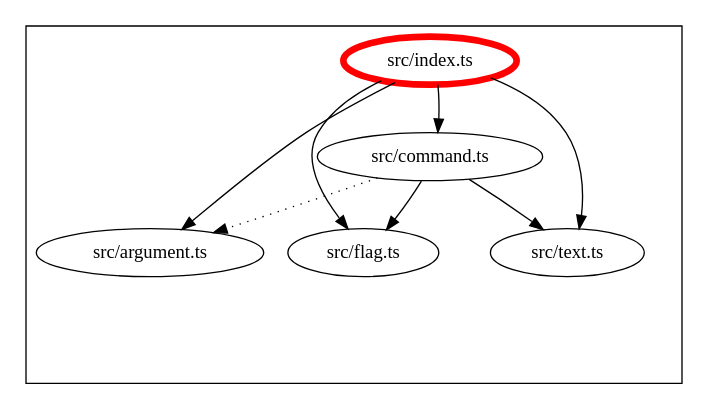
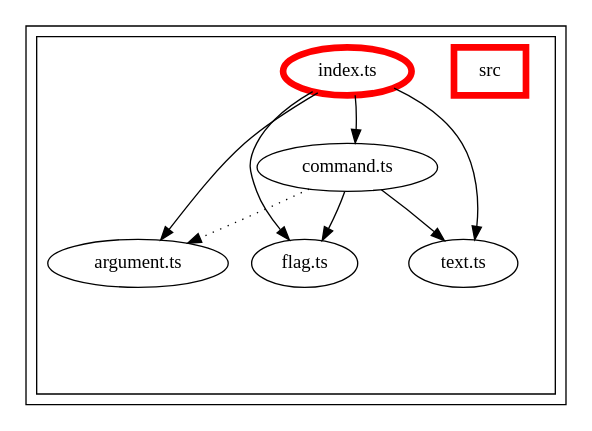
The diagram in packages/alfa-command/docs/dependency-graph.dot (Siteimprove/alfa-integrations), drawn with Graphviz before and after one commit. The commit also changed 53 other files, not shown here.

Commit message:
Update dependency graphs

```diff
--- a/packages/alfa-command/docs/dependency-graph.dot
+++ b/packages/alfa-command/docs/dependency-graph.dot
@@ -1,95 +1,123 @@
 digraph "dependency-graph-@siteimprove/alfa-command" {
   compound = true;
   "src/argument.ts";
   "src/flag.ts";
   "src/text.ts";
   "src/command.ts";
   subgraph "cluster_src" {
     color = "#000000";
     label = "";
-    "src/text.ts" [
-      label = "src/text.ts";
-    ];
     "exit_src" [
       style = "invis";
     ];
-    "src/argument.ts" [
-      label = "src/argument.ts";
-    ];
-    "src/command.ts" [
-      label = "src/command.ts";
-    ];
-    "src/index.ts" [
-      label = "src/index.ts";
-      color = "#ff0000";
-      penwidth = 5;
-    ];
-    "src/flag.ts" [
-      label = "src/flag.ts";
-    ];
-    "src/text.ts" -> "exit_src" [
+    subgraph "cluster_src" {
+      color = "#000000";
+      label = "";
+      "name_src" [
+        penwidth = 5;
+        shape = "rectangle";
+        color = "#ff0000";
+        label = "src";
+      ];
+      "exit_src" [
+        style = "invis";
+      ];
+      "src/text.ts" [
+        label = "text.ts";
+      ];
+      "src/argument.ts" [
+        label = "argument.ts";
+      ];
+      "src/command.ts" [
+        label = "command.ts";
+      ];
+      "src/index.ts" [
+        label = "index.ts";
+        color = "#ff0000";
+        penwidth = 5;
+      ];
+      "src/flag.ts" [
+        label = "flag.ts";
+      ];
+      "src/text.ts" -> "exit_src" [
+        style = "invis";
+      ];
+      "src/argument.ts" -> "exit_src" [
+        style = "invis";
+      ];
+      "src/command.ts" -> "exit_src" [
+        style = "invis";
+      ];
+      "src/index.ts" -> "exit_src" [
+        style = "invis";
+      ];
+      "src/flag.ts" -> "exit_src" [
+        style = "invis";
+      ];
+    }
+    "exit_src" -> "exit_src" [
       style = "invis";
     ];
-    "src/argument.ts" -> "exit_src" [
+    "exit_src" -> "exit_src" [
       style = "invis";
     ];
-    "src/command.ts" -> "exit_src" [
+    "exit_src" -> "exit_src" [
       style = "invis";
     ];
-    "src/index.ts" -> "exit_src" [
+    "exit_src" -> "exit_src" [
       style = "invis";
     ];
-    "src/flag.ts" -> "exit_src" [
+    "exit_src" -> "exit_src" [
       style = "invis";
     ];
   }
   "src/command.ts" -> "src/argument.ts" [
     style = "invis";
   ];
   "src/command.ts" -> "src/argument.ts" [
     style = "dotted";
     color = "black";
   ];
   "src/command.ts" -> "src/flag.ts" [
     style = "invis";
   ];
   "src/command.ts" -> "src/flag.ts" [
     style = "solid";
     color = "black";
   ];
   "src/command.ts" -> "src/text.ts" [
     style = "invis";
   ];
   "src/command.ts" -> "src/text.ts" [
     style = "solid";
     color = "black";
   ];
   "src/index.ts" -> "src/argument.ts" [
     style = "invis";
   ];
   "src/index.ts" -> "src/argument.ts" [
     style = "solid";
     color = "black";
   ];
   "src/index.ts" -> "src/command.ts" [
     style = "invis";
   ];
   "src/index.ts" -> "src/command.ts" [
     style = "solid";
     color = "black";
   ];
   "src/index.ts" -> "src/flag.ts" [
     style = "invis";
   ];
   "src/index.ts" -> "src/flag.ts" [
     style = "solid";
     color = "black";
   ];
   "src/index.ts" -> "src/text.ts" [
     style = "invis";
   ];
   "src/index.ts" -> "src/text.ts" [
     style = "solid";
     color = "black";
   ];
 }
```
